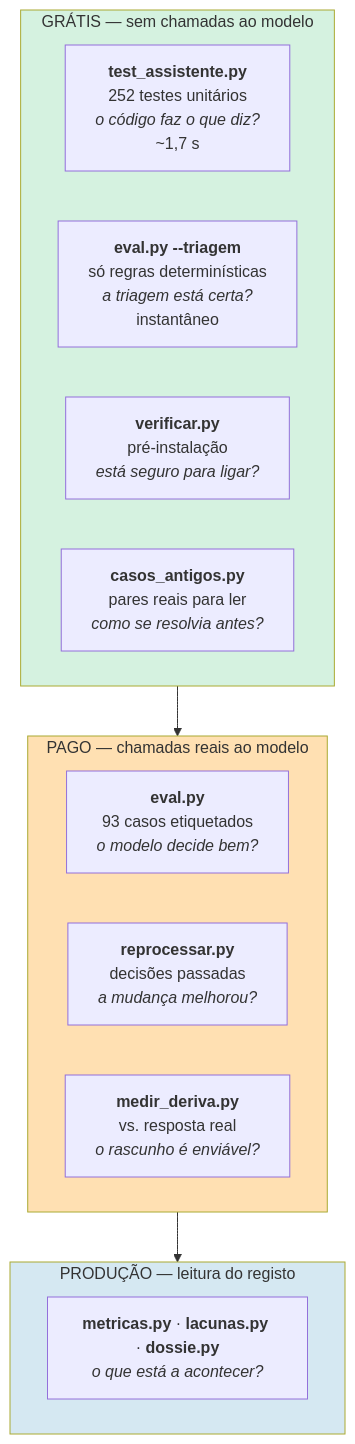
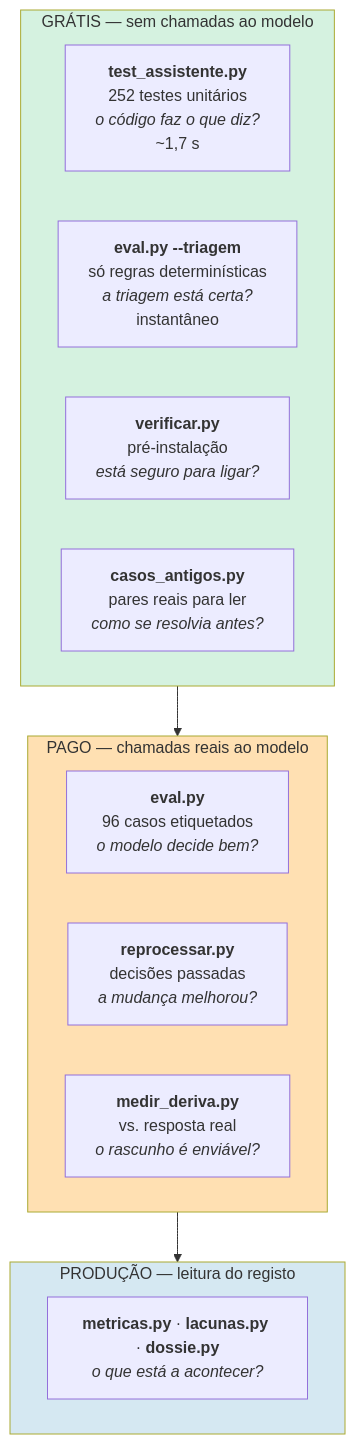
The first of 3 diagrams in docs/05-reliability/qa.md (joaocarvalhini/Outlook-Reply-Assistant), drawn with Mermaid before and after one commit. The commit also changed other lines of this file and 10 other files, not shown here.

````diff
--- a/docs/05-reliability/qa.md
+++ b/docs/05-reliability/qa.md
@@ -19,22 +19,22 @@
 ```mermaid
 flowchart TB
     subgraph G["GRÁTIS — sem chamadas ao modelo"]
         T1["<b>test_assistente.py</b><br/>252 testes unitários<br/><i>o código faz o que diz?</i><br/>~1,7 s"]
         T2["<b>eval.py --triagem</b><br/>só regras determinísticas<br/><i>a triagem está certa?</i><br/>instantâneo"]
         T3["<b>verificar.py</b><br/>pré-instalação<br/><i>está seguro para ligar?</i>"]
         T4["<b>casos_antigos.py</b><br/>pares reais para ler<br/><i>como se resolvia antes?</i>"]
     end
     subgraph P["PAGO — chamadas reais ao modelo"]
-        T5["<b>eval.py</b><br/>93 casos etiquetados<br/><i>o modelo decide bem?</i>"]
+        T5["<b>eval.py</b><br/>96 casos etiquetados<br/><i>o modelo decide bem?</i>"]
         T6["<b>reprocessar.py</b><br/>decisões passadas<br/><i>a mudança melhorou?</i>"]
         T7["<b>medir_deriva.py</b><br/>vs. resposta real<br/><i>o rascunho é enviável?</i>"]
     end
     subgraph PR["PRODUÇÃO — leitura do registo"]
         T8["<b>metricas.py</b> · <b>lacunas.py</b> · <b>dossie.py</b><br/><i>o que está a acontecer?</i>"]
     end
 
     G --> P --> PR
     style G fill:#d5f2e0
     style P fill:#ffe0b2
     style PR fill:#d5e8f2
 ```
````
